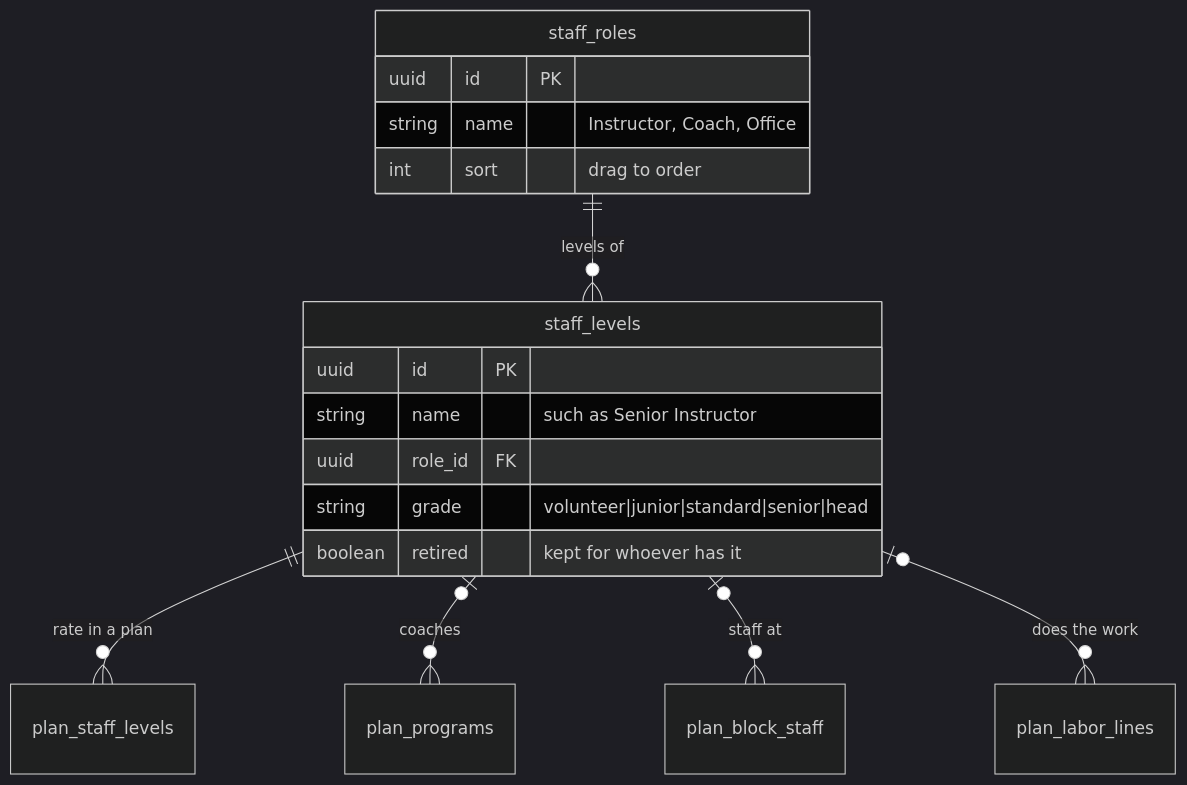
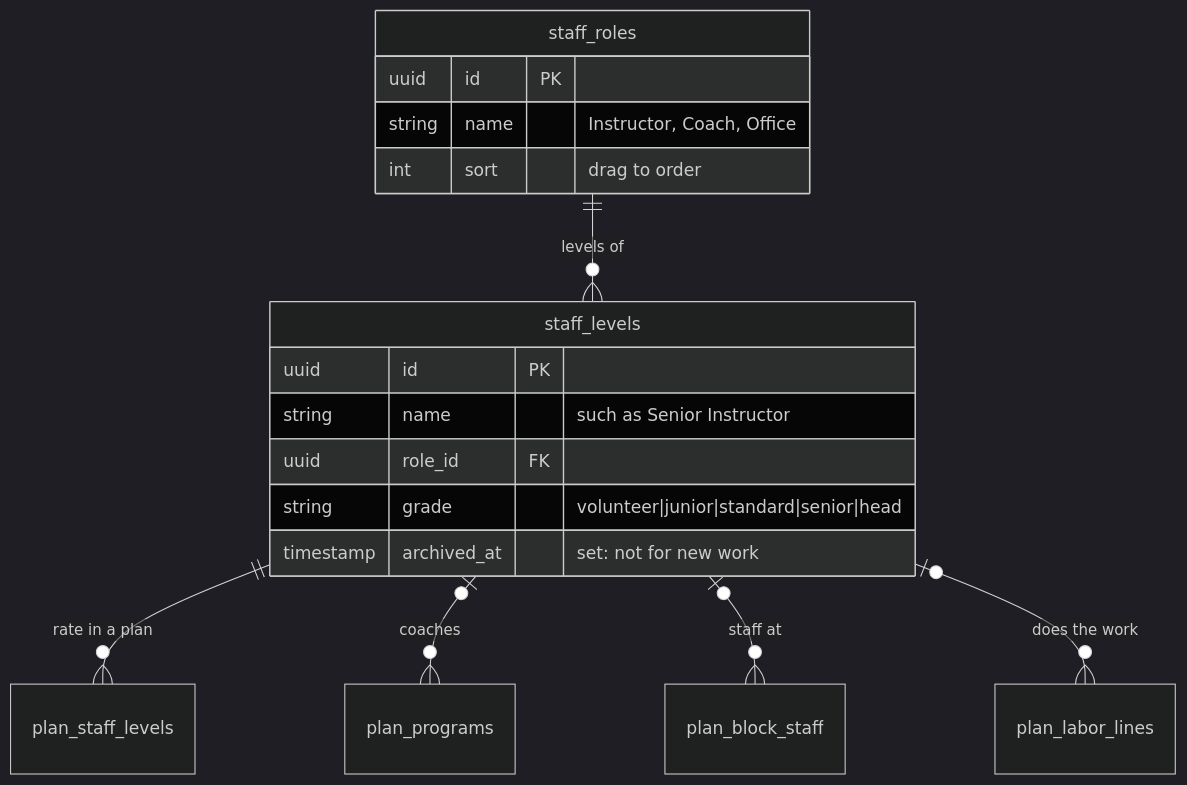
One commit to cyc-seattle/platform changed the diagram in docs/hr-schema.md. Above: the diagram before and after it, drawn with Mermaid (dark theme). The commit also changed other lines of this file and 14 other files, not shown here.

````diff
--- a/docs/hr-schema.md
+++ b/docs/hr-schema.md
@@ -9,21 +9,21 @@
 ```mermaid
 erDiagram
     staff_roles ||--o{ staff_levels : "levels of"
     staff_levels ||--o{ plan_staff_levels : "rate in a plan"
     staff_levels |o--o{ plan_programs : "coaches"
     staff_levels |o--o{ plan_block_staff : "staff at"
     staff_levels |o--o{ plan_labor_lines : "does the work"
 
     staff_roles {
         uuid id PK
         string name "Instructor, Coach, Office"
         int sort "drag to order"
     }
     staff_levels {
         uuid id PK
         string name "such as Senior Instructor"
         uuid role_id FK
         string grade "volunteer|junior|standard|senior|head"
-        boolean retired "kept for whoever has it"
+        timestamp archived_at "set: not for new work"
     }
 ```
````
